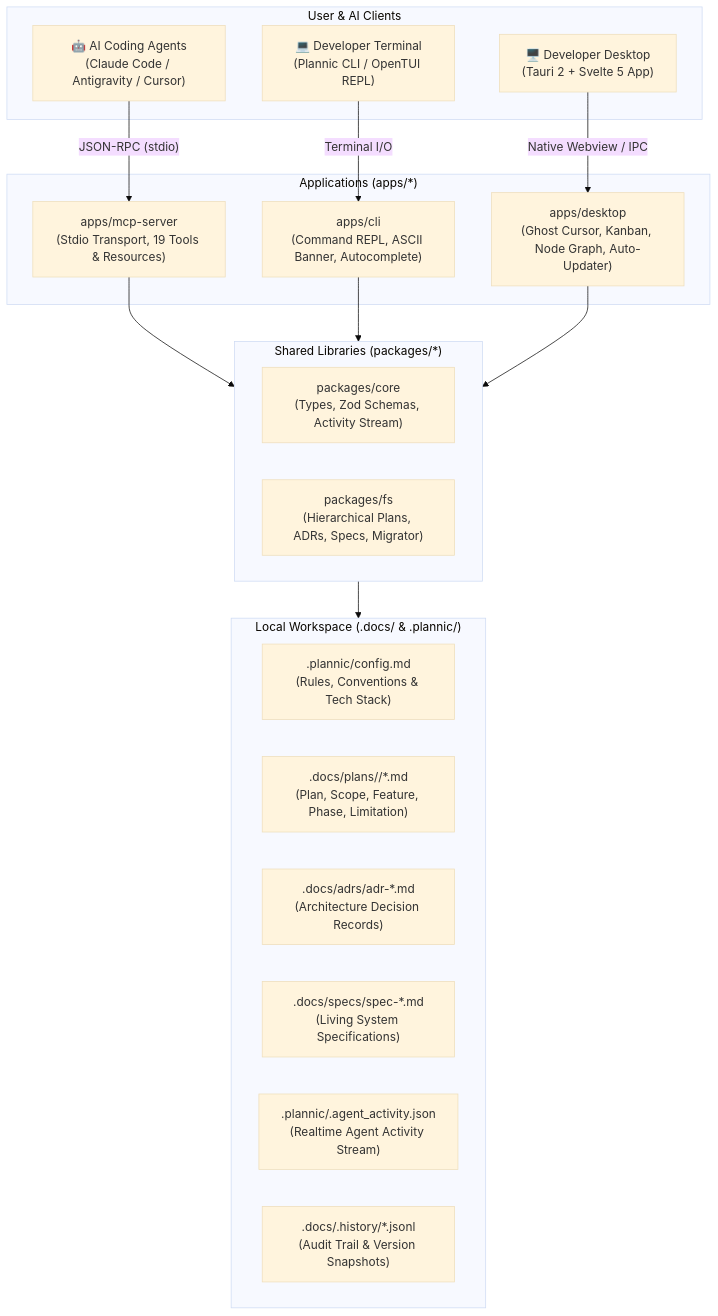
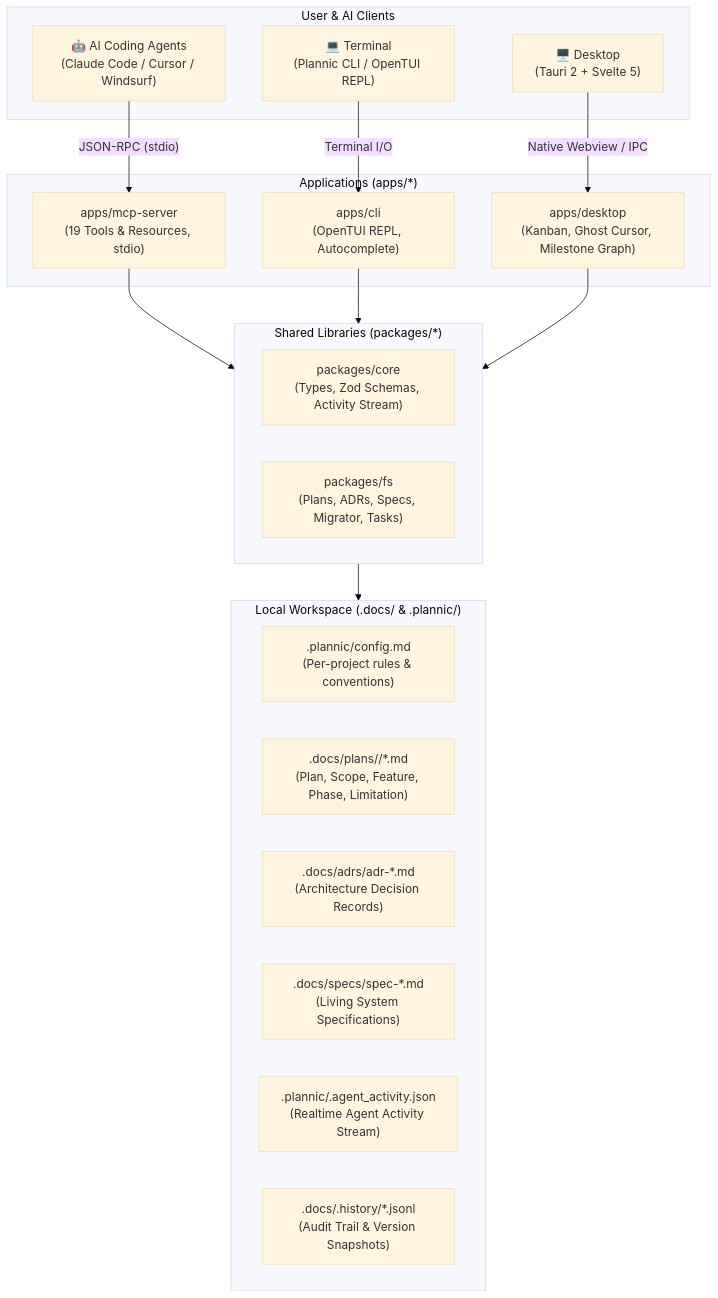
Before and after one commit to JustALearner101/Plannic: the first of 2 diagrams in README.md, drawn with Mermaid (base theme). The commit also changed other lines of this file and 77 other files, not shown here.

````diff
--- a/README.md
+++ b/README.md
@@ -76,38 +125,38 @@
 ```mermaid
 flowchart TD
     subgraph Clients["User & AI Clients"]
-        AI["🤖 AI Coding Agents\n(Claude Code / Antigravity / Cursor)"]
-        CLI["💻 Developer Terminal\n(Plannic CLI / OpenTUI REPL)"]
-        GUI["🖥️ Developer Desktop\n(Tauri 2 + Svelte 5 App)"]
+        AI["🤖 AI Coding Agents\n(Claude Code / Cursor / Windsurf)"]
+        CLI["💻 Terminal\n(Plannic CLI / OpenTUI REPL)"]
+        GUI["🖥️ Desktop\n(Tauri 2 + Svelte 5)"]
     end
 
     subgraph Apps["Applications (apps/*)"]
-        MCP["apps/mcp-server\n(Stdio Transport, 19 Tools & Resources)"]
-        CLIA["apps/cli\n(Command REPL, ASCII Banner, Autocomplete)"]
-        DESK["apps/desktop\n(Ghost Cursor, Kanban, Node Graph, Auto-Updater)"]
+        MCP["apps/mcp-server\n(19 Tools & Resources, stdio)"]
+        CLIA["apps/cli\n(OpenTUI REPL, Autocomplete)"]
+        DESK["apps/desktop\n(Kanban, Ghost Cursor, Milestone Graph)"]
     end
 
     subgraph Libs["Shared Libraries (packages/*)"]
         CORE["packages/core\n(Types, Zod Schemas, Activity Stream)"]
-        FS["packages/fs\n(Hierarchical Plans, ADRs, Specs, Migrator)"]
+        FS["packages/fs\n(Plans, ADRs, Specs, Migrator, Tasks)"]
     end
 
     subgraph Storage["Local Workspace (.docs/ & .plannic/)"]
-        CONFIG[".plannic/config.md\n(Rules, Conventions & Tech Stack)"]
+        CONFIG[".plannic/config.md\n(Per-project rules & conventions)"]
         DOCS[".docs/plans/<slug>/*.md\n(Plan, Scope, Feature, Phase, Limitation)"]
         ADRS[".docs/adrs/adr-*.md\n(Architecture Decision Records)"]
         SPECS[".docs/specs/spec-*.md\n(Living System Specifications)"]
         STREAM[".plannic/.agent_activity.json\n(Realtime Agent Activity Stream)"]
         HIST[".docs/.history/*.jsonl\n(Audit Trail & Version Snapshots)"]
     end
 
     AI -- "JSON-RPC (stdio)" --> MCP
     CLI -- "Terminal I/O" --> CLIA
     GUI -- "Native Webview / IPC" --> DESK
 
     MCP --> Libs
     CLIA --> Libs
     DESK --> Libs
 
     Libs --> Storage
 ```
````
